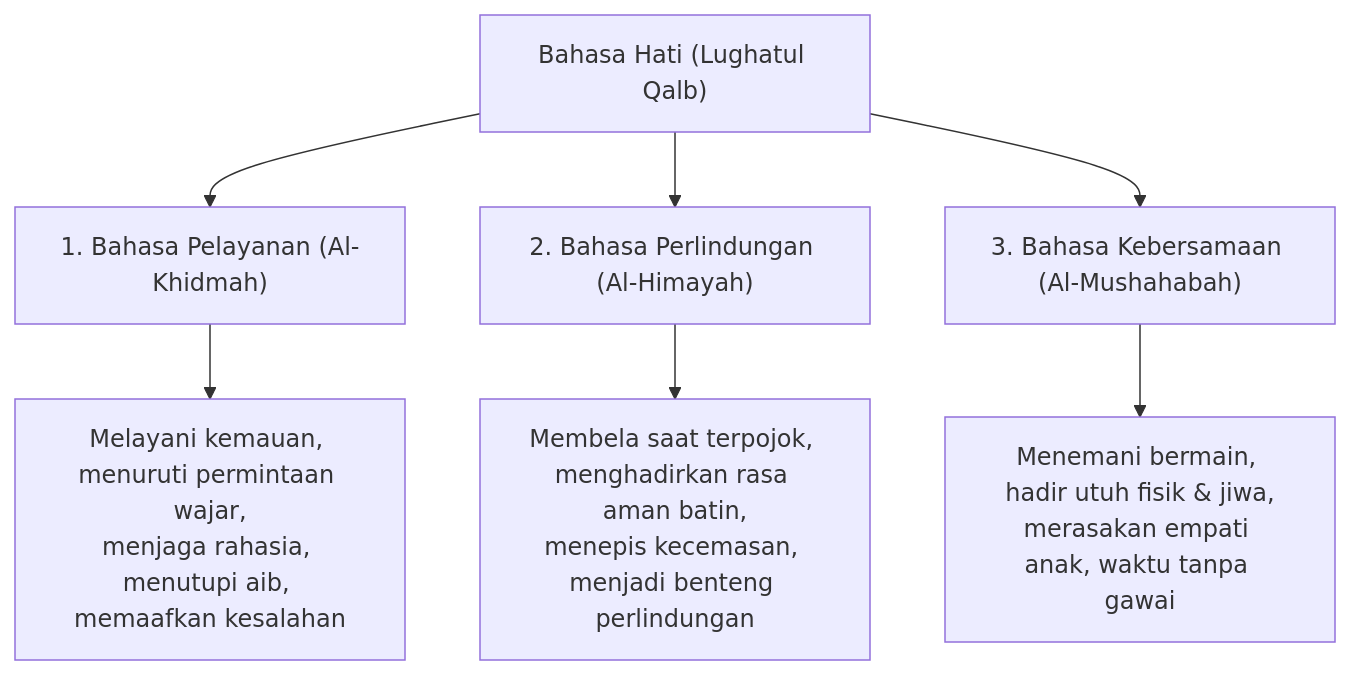
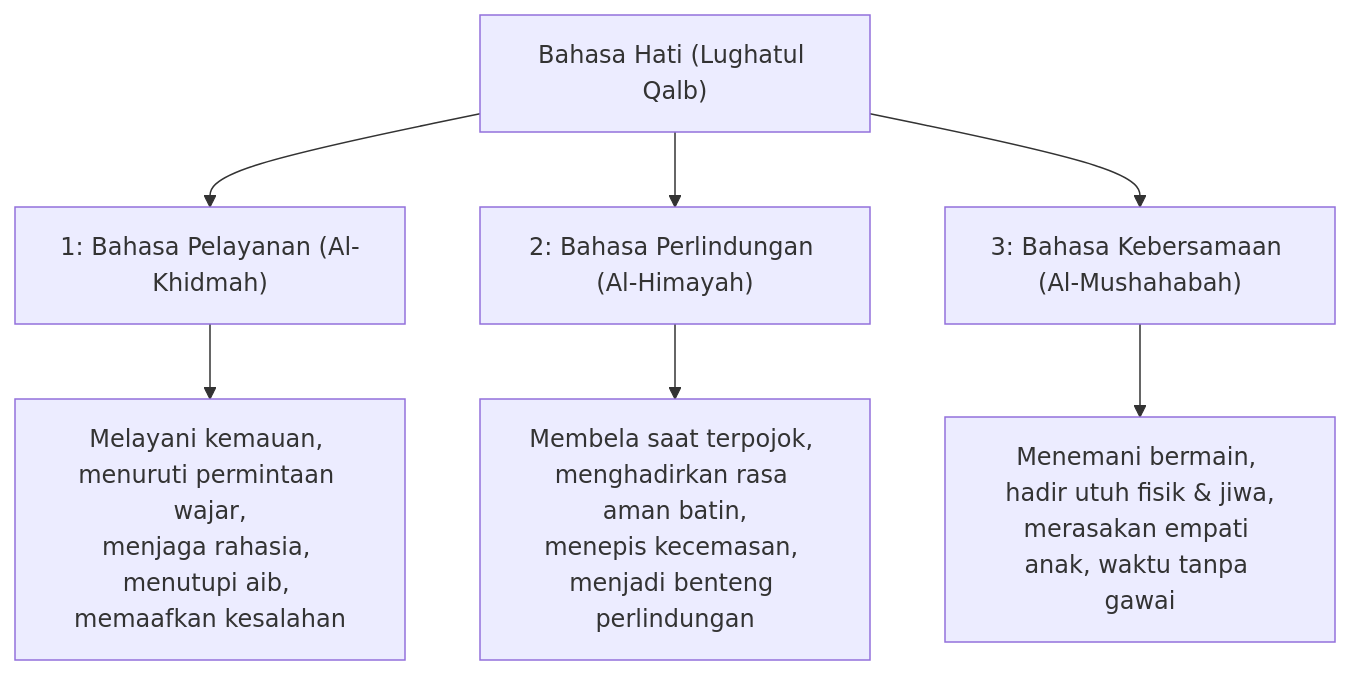
The diagram in content/Paradigma - Implementasi PKN/Dokumen Pendidikan Karakter Nabawiyah/Paradigma & Implementasi/Pendidikan Ideal/Metode Mendidik/Bahasa Hati.md (decaller/wiki-pkn), drawn with Mermaid before and after one commit. The commit also changed 26 other files, not shown here.

Commit message:
fix(mermaid): sanitize list syntax in node labels to resolve 'Unsupported markdown: list' error

````diff
--- a/content/Paradigma - Implementasi PKN/Dokumen Pendidikan Karakter Nabawiyah/Paradigma & Implementasi/Pendidikan Ideal/Metode Mendidik/Bahasa Hati.md
+++ b/content/Paradigma - Implementasi PKN/Dokumen Pendidikan Karakter Nabawiyah/Paradigma & Implementasi/Pendidikan Ideal/Metode Mendidik/Bahasa Hati.md
@@ -138,10 +138,10 @@
 ```mermaid
 graph TD
-    BH["Bahasa Hati (Lughatul Qalb)"] --> M1["1. Bahasa Pelayanan (Al-Khidmah)"]
-    BH --> M2["2. Bahasa Perlindungan (Al-Himayah)"]
-    BH --> M3["3. Bahasa Kebersamaan (Al-Mushahabah)"]
+    BH["Bahasa Hati (Lughatul Qalb)"] --> M1["1: Bahasa Pelayanan (Al-Khidmah)"]
+    BH --> M2["2: Bahasa Perlindungan (Al-Himayah)"]
+    BH --> M3["3: Bahasa Kebersamaan (Al-Mushahabah)"]
 
     M1 --> D1["Melayani kemauan, menuruti permintaan wajar,<br/>menjaga rahasia, menutupi aib, memaafkan kesalahan"]
     M2 --> D2["Membela saat terpojok, menghadirkan rasa aman batin,<br/>menepis kecemasan, menjadi benteng perlindungan"]
     M3 --> D3["Menemani bermain, hadir utuh fisik & jiwa,<br/>merasakan empati anak, waktu tanpa gawai"]
 ```
````
